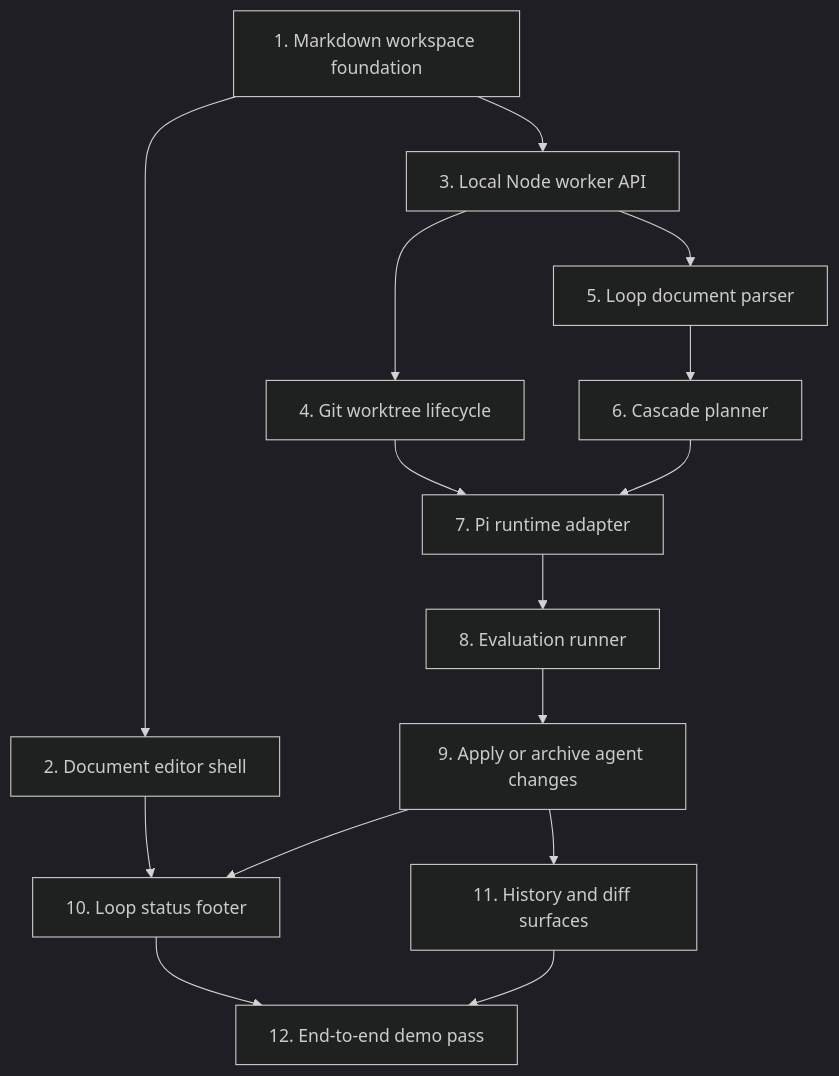
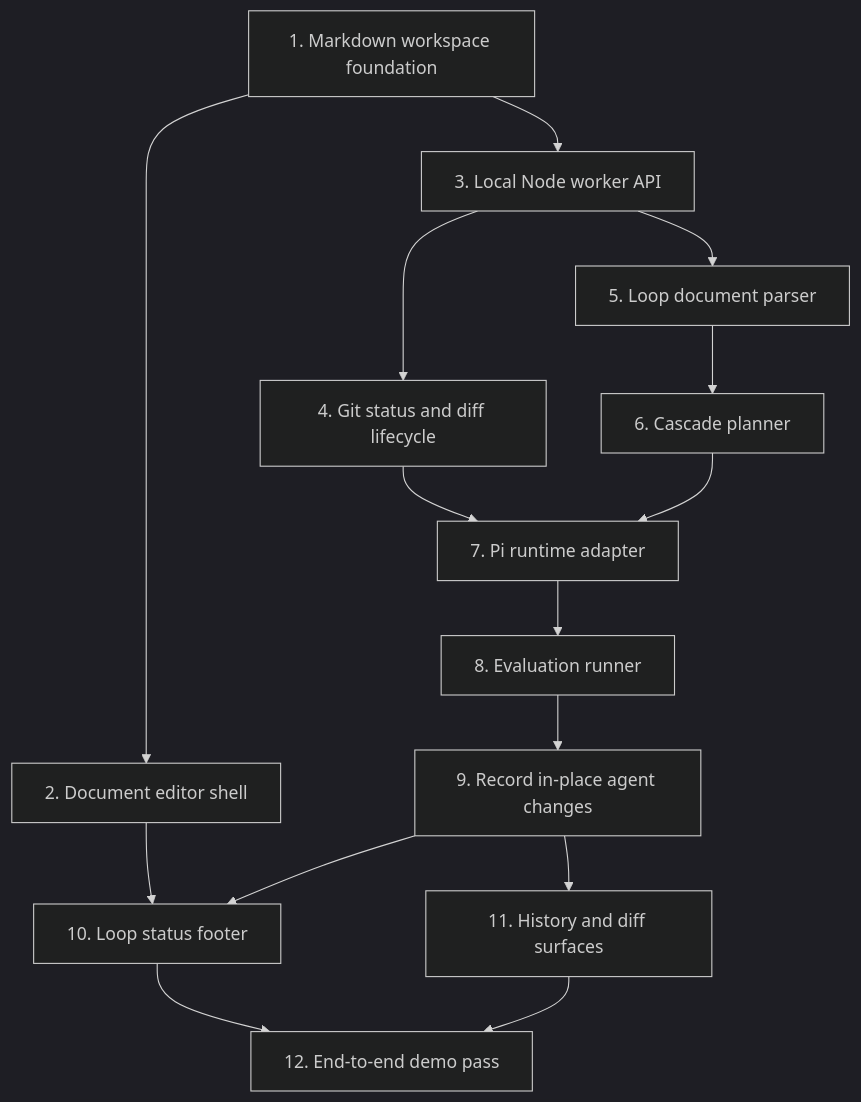
The diagram in docs/superpowers/plans/sloop-hackathon-build-dag.md (rns70/sloop), drawn with Mermaid (dark theme) before and after one commit. The commit also changed other lines of this file and 17 other files, not shown here.

````diff
--- a/docs/superpowers/plans/sloop-hackathon-build-dag.md
+++ b/docs/superpowers/plans/sloop-hackathon-build-dag.md
@@ -26,17 +26,17 @@
 ```mermaid
 flowchart TD
     A["1. Markdown workspace foundation"] --> B["2. Document editor shell"]
     A --> C["3. Local Node worker API"]
-    C --> D["4. Git worktree lifecycle"]
+    C --> D["4. Git status and diff lifecycle"]
     C --> E["5. Loop document parser"]
     E --> F["6. Cascade planner"]
     D --> G["7. Pi runtime adapter"]
     F --> G
     G --> H["8. Evaluation runner"]
-    H --> I["9. Apply or archive agent changes"]
+    H --> I["9. Record in-place agent changes"]
     B --> J["10. Loop status footer"]
     I --> J
     I --> K["11. History and diff surfaces"]
     J --> L["12. End-to-end demo pass"]
     K --> L
 ```
````
